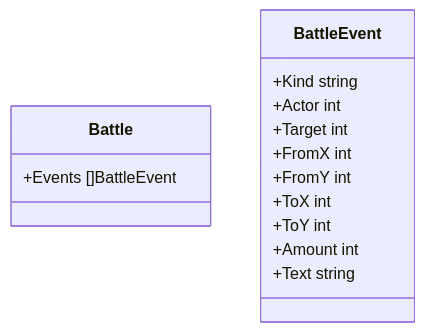
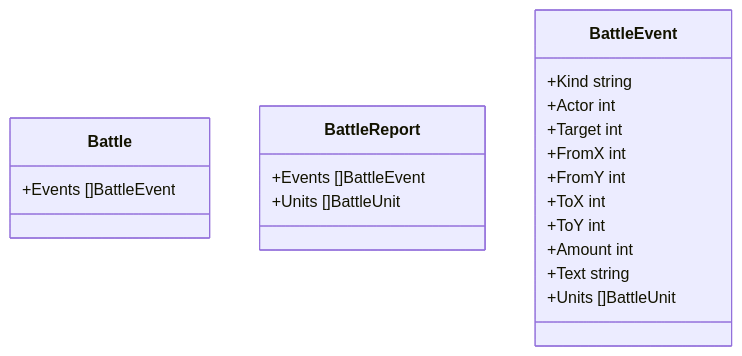
One commit to sakana396/fushigi_renkin changed the second of 2 diagrams in docs/03_design/design-it04.md. Above: the diagram before and after it, drawn with Mermaid. The commit also changed other lines of this file and 4 other files, not shown here.

````diff
--- a/docs/03_design/design-it04.md
+++ b/docs/03_design/design-it04.md
@@ -94,17 +96,22 @@
 ```mermaid
 classDiagram
   class Battle {
     +Events []BattleEvent
+  }
+  class BattleReport {
+    +Events []BattleEvent
+    +Units []BattleUnit
   }
   class BattleEvent {
     +Kind string
     +Actor int
     +Target int
     +FromX int
     +FromY int
     +ToX int
     +ToY int
     +Amount int
     +Text string
+    +Units []BattleUnit
   }
 ```
````
